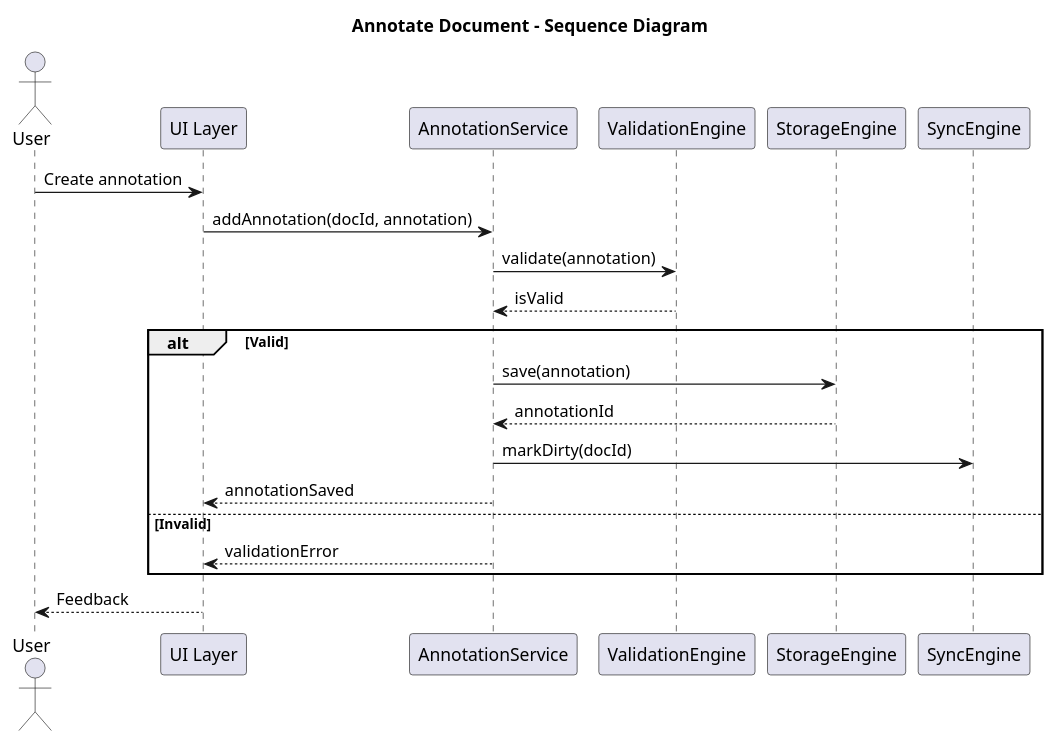
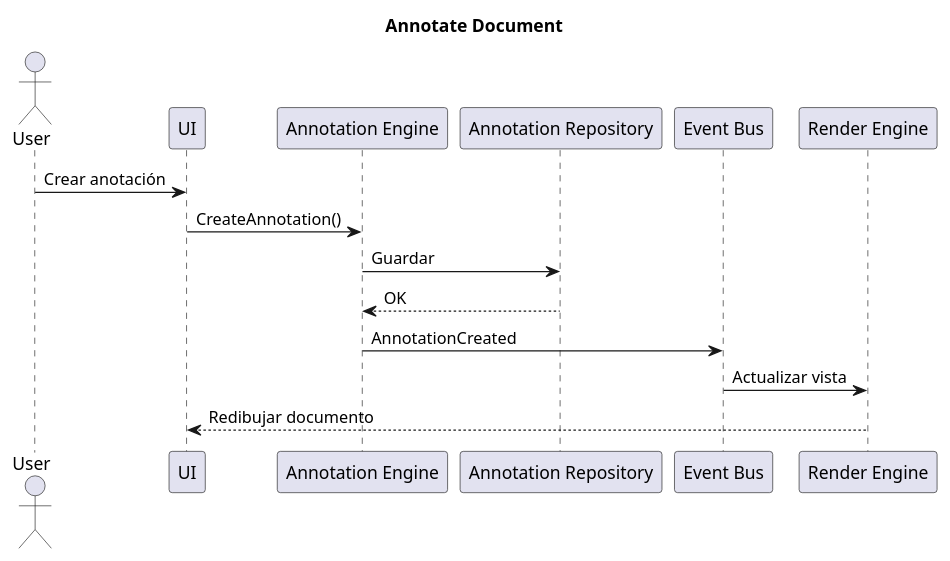
Before and after one commit to Sebailla/KnowledgeOS: the diagram in V-1/00-Architecture/UML/Sequence/AnnotateDocument.puml, drawn with PlantUML. The commit also changed 15 other files, not shown here.

Commit message:
feat(documentation): Update sequence diagrams and add detailed markdown descriptions for document operations

```diff
--- a/V-1/00-Architecture/UML/Sequence/AnnotateDocument.puml
+++ b/V-1/00-Architecture/UML/Sequence/AnnotateDocument.puml
@@ -1,25 +1,31 @@
 @startuml AnnotateDocument
-title Annotate Document - Sequence Diagram
+
+title Annotate Document
 
 actor User
-participant "UI Layer" as UI
-participant "AnnotationService" as Annot
-participant "ValidationEngine" as Valid
-participant "StorageEngine" as Storage
-participant "SyncEngine" as Sync
 
-User -> UI : Create annotation
-UI -> Annot : addAnnotation(docId, annotation)
-Annot -> Valid : validate(annotation)
-Valid --> Annot : isValid
-alt Valid
-    Annot -> Storage : save(annotation)
-    Storage --> Annot : annotationId
-    Annot -> Sync : markDirty(docId)
-    Annot --> UI : annotationSaved
-else Invalid
-    Annot --> UI : validationError
-end
-UI --> User : Feedback
+participant UI
+
+participant "Annotation Engine" as Annotation
+
+participant "Annotation Repository" as Repository
+
+participant "Event Bus" as Events
+
+participant "Render Engine" as Render
+
+User -> UI : Crear anotación
+
+UI -> Annotation : CreateAnnotation()
+
+Annotation -> Repository : Guardar
+
+Repository --> Annotation : OK
+
+Annotation -> Events : AnnotationCreated
+
+Events -> Render : Actualizar vista
+
+Render --> UI : Redibujar documento
 
 @enduml
```
